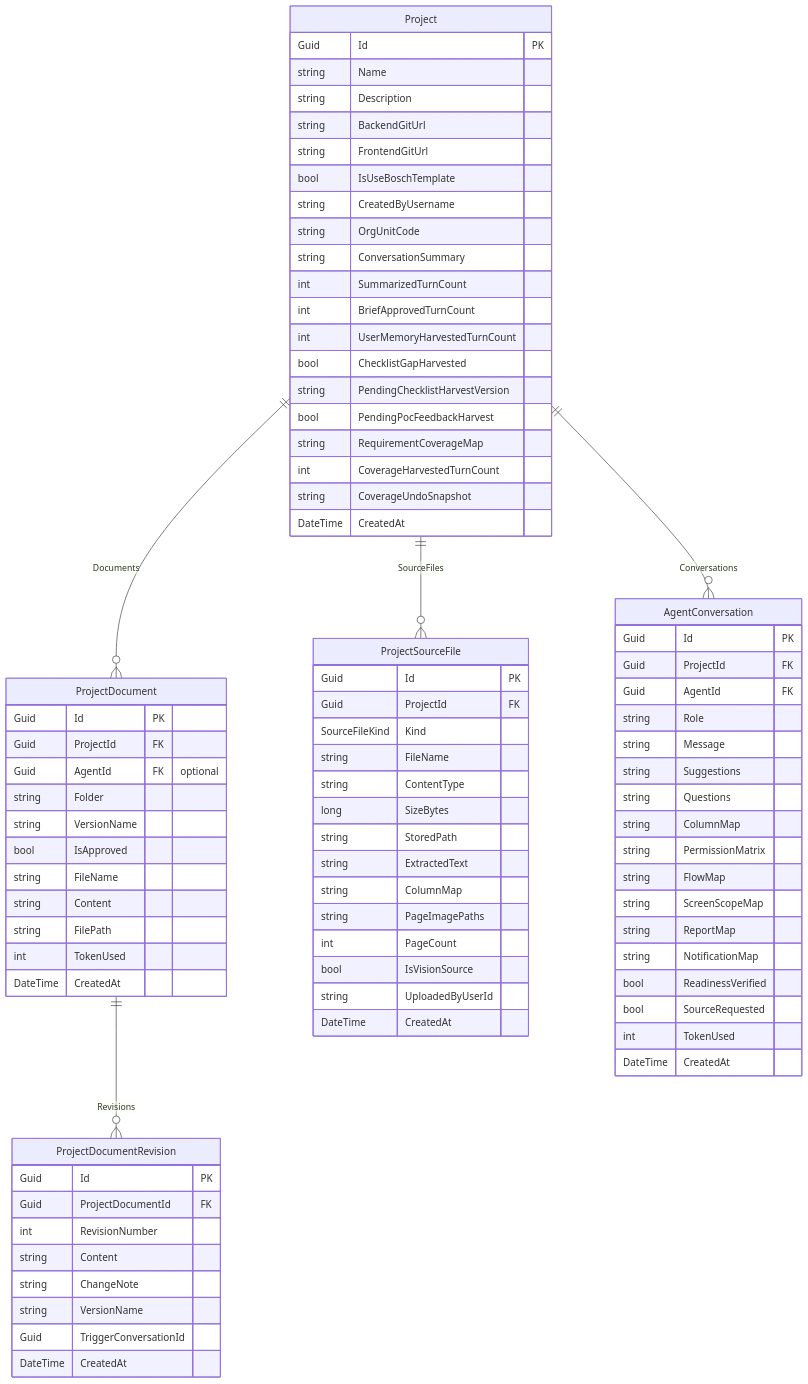
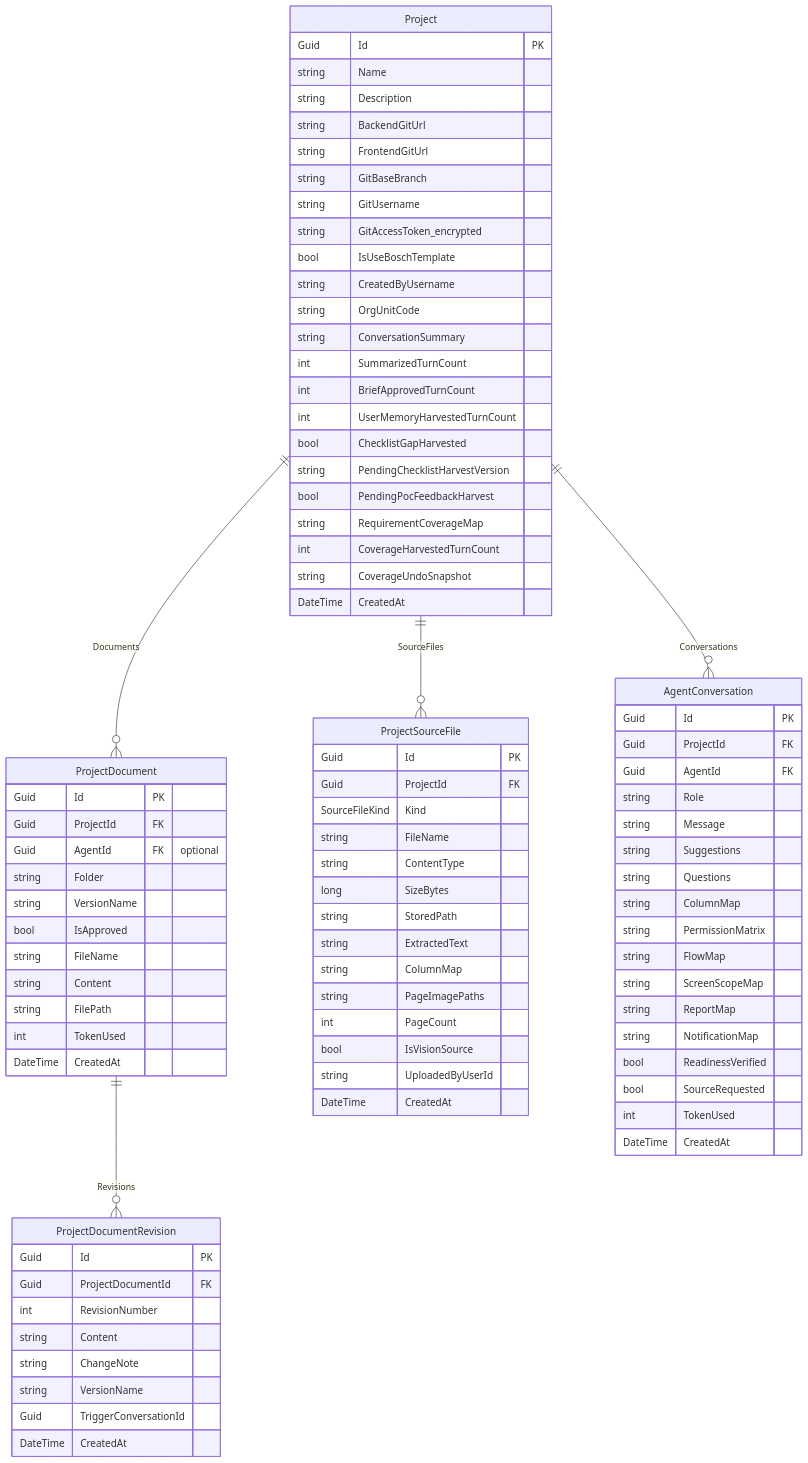
Before and after one commit to Songlong0506/ICOGenerator-v4: the second of 9 diagrams in docs/data-model.md, drawn with Mermaid. The commit also changed other lines of this file and 40 other files, not shown here.

```diff
--- a/docs/data-model.md
+++ b/docs/data-model.md
@@ -105,6 +105,9 @@
         string Description
         string BackendGitUrl
         string FrontendGitUrl
+        string GitBaseBranch
+        string GitUsername
+        string GitAccessToken_encrypted
         bool IsUseBoschTemplate
         string CreatedByUsername
         string OrgUnitCode
```
